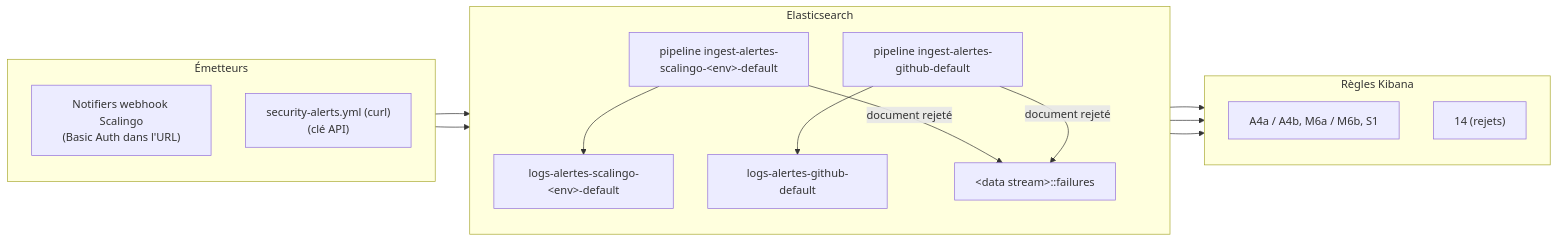
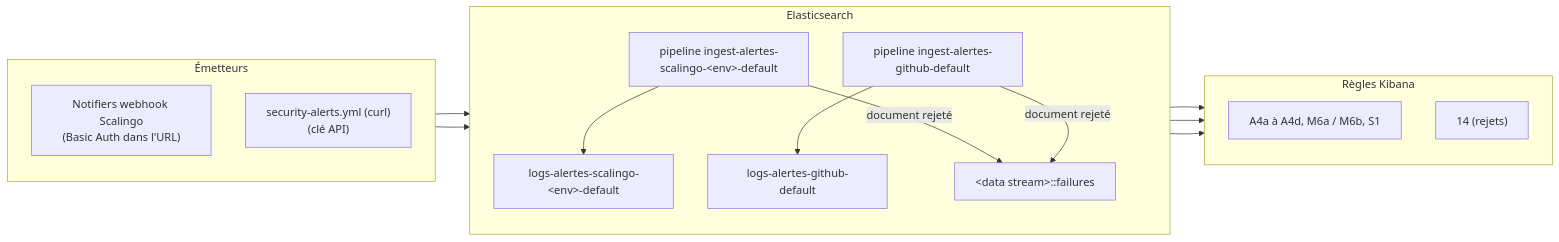
The diagram in docs/observabilite/collecte/webhooks/README.md (France-Travail/pass-emploi-tools), drawn with Mermaid before and after one commit. The commit also changed other lines of this file and 24 other files, not shown here.

````diff
--- a/docs/observabilite/collecte/webhooks/README.md
+++ b/docs/observabilite/collecte/webhooks/README.md
@@ -21,29 +21,29 @@
 ```mermaid
 flowchart LR
   subgraph emetteurs["Émetteurs"]
     direction TB
     SC["Notifiers webhook Scalingo<br/>(Basic Auth dans l'URL)"]
     GH["security-alerts.yml (curl)<br/>(clé API)"]
   end
 
   subgraph elasticsearch["Elasticsearch"]
     direction TB
     PS["pipeline ingest-alertes-scalingo-&lt;env&gt;-default"]
     PG["pipeline ingest-alertes-github-default"]
     DS["logs-alertes-scalingo-&lt;env&gt;-default"]
     DG["logs-alertes-github-default"]
     FS["&lt;data stream&gt;::failures"]
   end
 
   subgraph regles["Règles Kibana"]
     direction TB
-    R["A4a / A4b, M6a / M6b, S1"]
+    R["A4a à A4d, M6a / M6b, S1"]
     R14["14 (rejets)"]
   end
 
   SC --> PS --> DS --> R
   GH --> PG --> DG --> R
   PS -- "document rejeté" --> FS
   PG -- "document rejeté" --> FS
   FS --> R14
 ```
````
